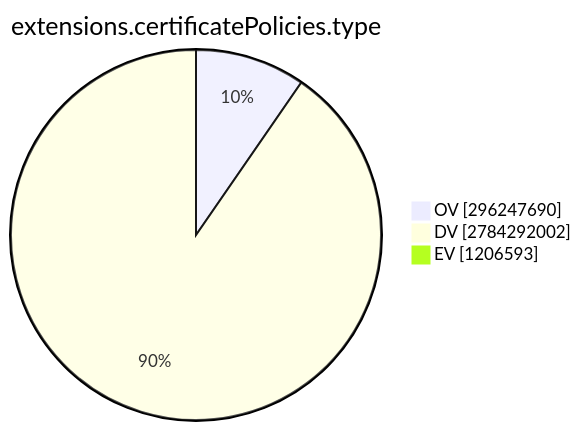
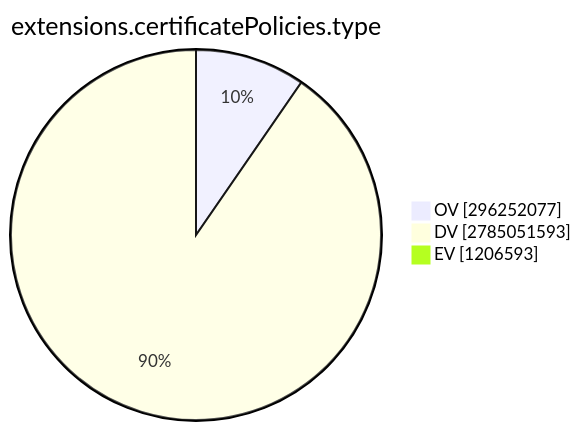
One commit to christiankrug/ctmonitor_visualization changed the ninth of 15 diagrams in TOTAL/README.md. Above: the diagram before and after it, drawn with Mermaid. The commit also changed other lines of this file, not shown here.

````diff
--- a/TOTAL/README.md
+++ b/TOTAL/README.md
@@ -3099,7 +3099,7 @@
 ```mermaid
 pie showData
 title extensions.certificatePolicies.type
-"OV" :296247690
-"DV" :2784292002
+"OV" :296252077
+"DV" :2785051593
 "EV" :1206593
 ```
````
